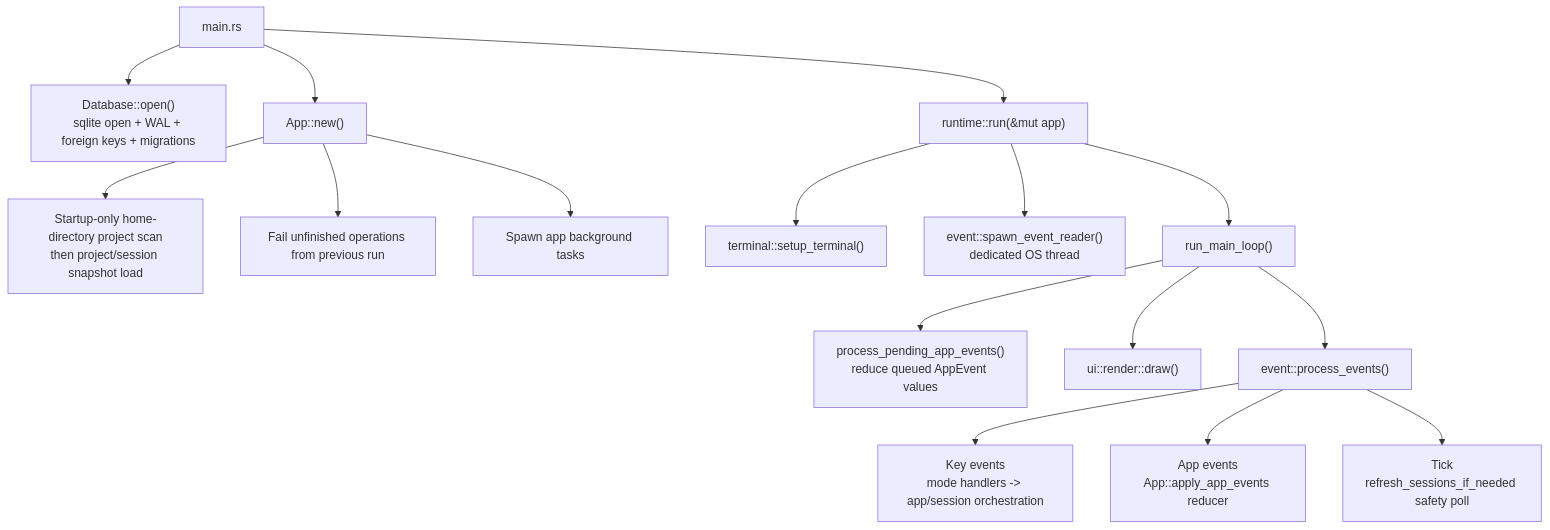
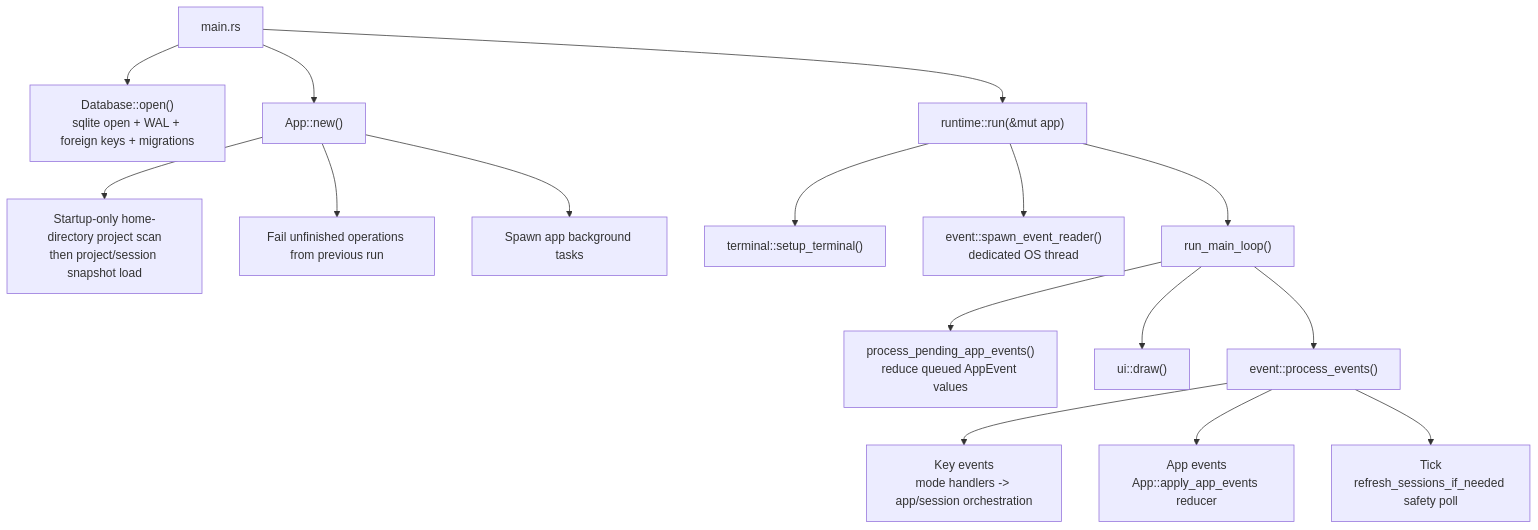
The first of 2 diagrams in docs/site/content/docs/architecture/runtime-flow.md (agentty-xyz/agentty), drawn with Mermaid before and after one commit. The commit also changed other lines of this file and 103 other files, not shown here.

````diff
--- a/docs/site/content/docs/architecture/runtime-flow.md
+++ b/docs/site/content/docs/architecture/runtime-flow.md
@@ -46,35 +46,35 @@
 ```mermaid
 flowchart TD
   main["main.rs"]
   db["Database::open()<br/>sqlite open + WAL + foreign keys + migrations"]
   app_new["App::new()"]
   scan["Startup-only home-directory project scan<br/>then project/session snapshot load"]
   fail_ops["Fail unfinished operations from previous run"]
   background["Spawn app background tasks"]
   runtime["runtime::run(&mut app)"]
   terminal["terminal::setup_terminal()"]
   event_reader["event::spawn_event_reader()<br/>dedicated OS thread"]
   main_loop["run_main_loop()"]
   drain["process_pending_app_events()<br/>reduce queued AppEvent values"]
-  draw["ui::render::draw()"]
+  draw["ui::draw()"]
   process["event::process_events()"]
   key_events["Key events<br/>mode handlers -> app/session orchestration"]
   app_events["App events<br/>App::apply_app_events reducer"]
   tick["Tick<br/>refresh_sessions_if_needed safety poll"]
 
   main --> db
   main --> app_new
   app_new --> scan
   app_new --> fail_ops
   app_new --> background
   main --> runtime
   runtime --> terminal
   runtime --> event_reader
   runtime --> main_loop
   main_loop --> drain
   main_loop --> draw
   main_loop --> process
   process --> key_events
   process --> app_events
   process --> tick
 ```
````
